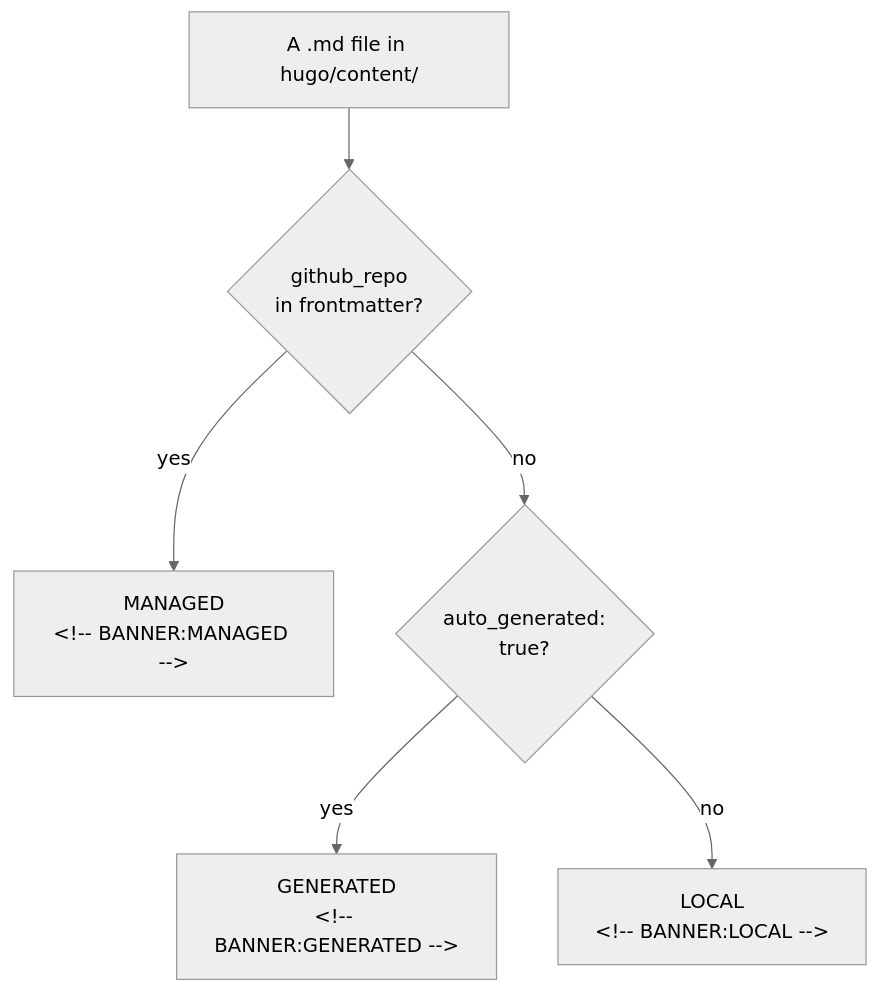
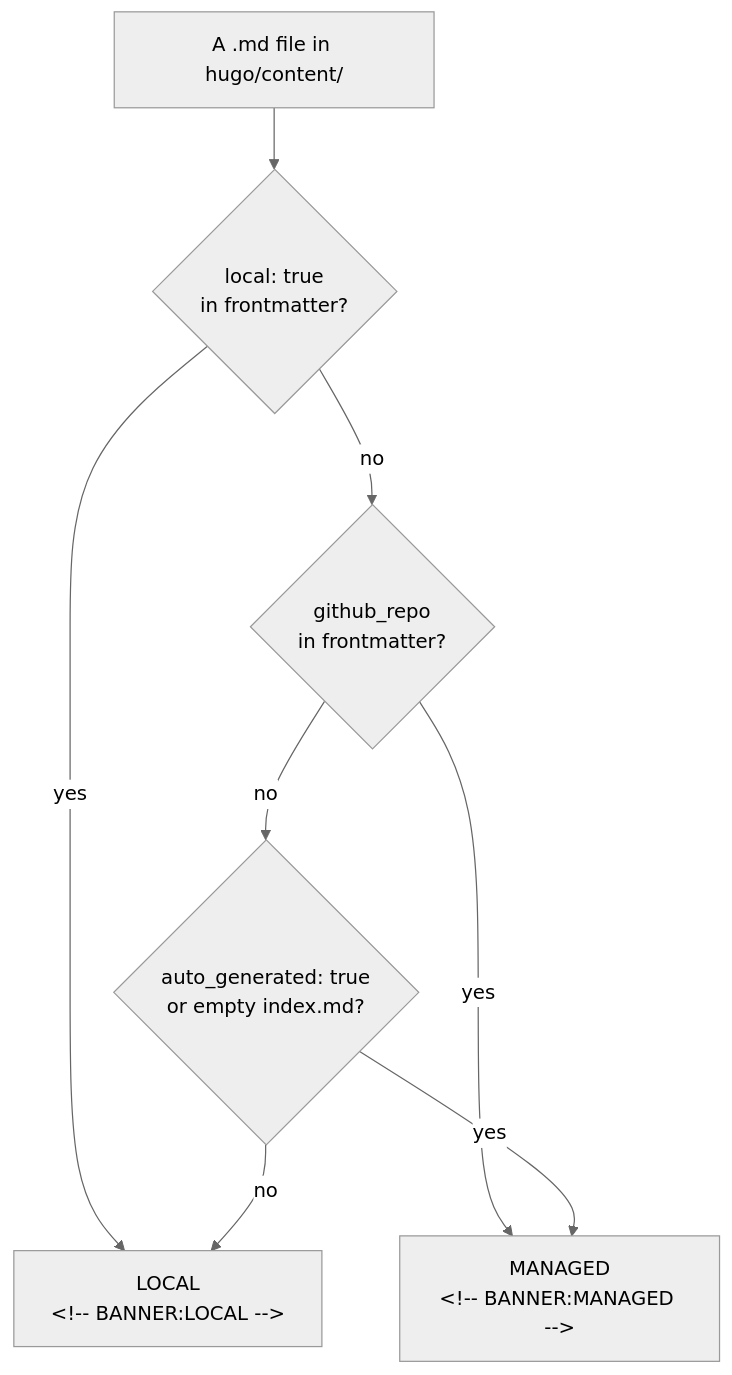
The second of 4 diagrams in CONTENT_AGGREGATION.md (gardener/documentation), drawn with Mermaid (neutral theme) before and after one commit. The commit also changed other lines of this file and 99 other files, not shown here.

````diff
--- a/CONTENT_AGGREGATION.md
+++ b/CONTENT_AGGREGATION.md
@@ -62,8 +61,10 @@
 ```mermaid
 graph TD
-    F["A .md file in hugo/content/"] --> Q1{"github_repo<br/>in frontmatter?"}
+    F["A .md file in hugo/content/"] --> Q0{"local: true<br/>in frontmatter?"}
+    Q0 -->|yes| LO["LOCAL<br/>&lt;!-- BANNER:LOCAL --&gt;"]
+    Q0 -->|no| Q1{"github_repo<br/>in frontmatter?"}
     Q1 -->|yes| MG["MANAGED<br/>&lt;!-- BANNER:MANAGED --&gt;"]
-    Q1 -->|no| Q2{"auto_generated:<br/>true?"}
-    Q2 -->|yes| GN["GENERATED<br/>&lt;!-- BANNER:GENERATED --&gt;"]
-    Q2 -->|no| LO["LOCAL<br/>&lt;!-- BANNER:LOCAL --&gt;"]
+    Q1 -->|no| Q2{"auto_generated: true<br/>or empty index.md?"}
+    Q2 -->|yes| MG
+    Q2 -->|no| LO
 ```
````
